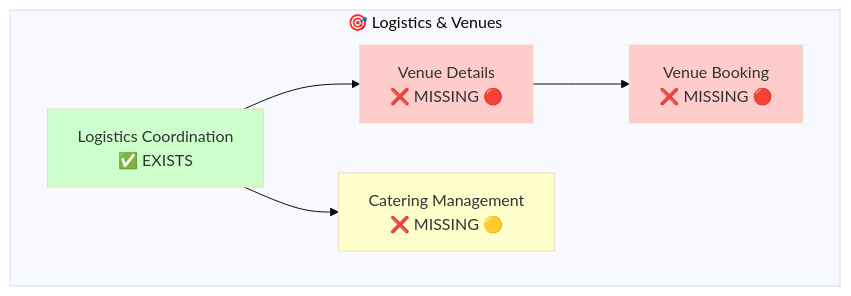
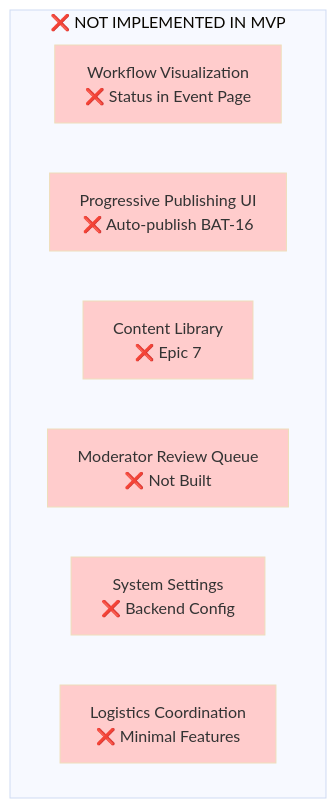
The ninth of 28 diagrams in docs/wireframes/sitemap-mermaid.md (nissimbuchs/BATbern2), drawn with Mermaid (base theme) before and after one commit. The commit also changed other lines of this file and 1008 other files, not shown here.

````diff
--- a/docs/wireframes/sitemap-mermaid.md
+++ b/docs/wireframes/sitemap-mermaid.md
@@ -235,18 +306,18 @@
 ```mermaid
 graph TB
-    subgraph "🎯 Logistics & Venues"
-        LogisticsCoord[Logistics Coordination<br/>✅ EXISTS]
-        VenueDetail[Venue Details<br/>❌ MISSING 🔴]
-        VenueBooking[Venue Booking<br/>❌ MISSING 🔴]
-        Catering[Catering Management<br/>❌ MISSING 🟡]
+    subgraph "❌ NOT IMPLEMENTED IN MVP"
+        WorkflowViz[Workflow Visualization<br/>❌ Status in Event Page]
+        ProgressivePub[Progressive Publishing UI<br/>❌ Auto-publish BAT-16]
+        ContentLib[Content Library<br/>❌ Epic 7]
+        ModQueue[Moderator Review Queue<br/>❌ Not Built]
+        SysSettings[System Settings<br/>❌ Backend Config]
+        Logistics[Logistics Coordination<br/>❌ Minimal Features]
     end
 
-    LogisticsCoord --> VenueDetail
-    VenueDetail --> VenueBooking
-    LogisticsCoord --> Catering
-
-    style LogisticsCoord fill:#ccffcc
-    style VenueDetail fill:#ffcccc
-    style VenueBooking fill:#ffcccc
-    style Catering fill:#ffffcc
+    style WorkflowViz fill:#ffcccc
+    style ProgressivePub fill:#ffcccc
+    style ContentLib fill:#ffcccc
+    style ModQueue fill:#ffcccc
+    style SysSettings fill:#ffcccc
+    style Logistics fill:#ffcccc
 ```
````
